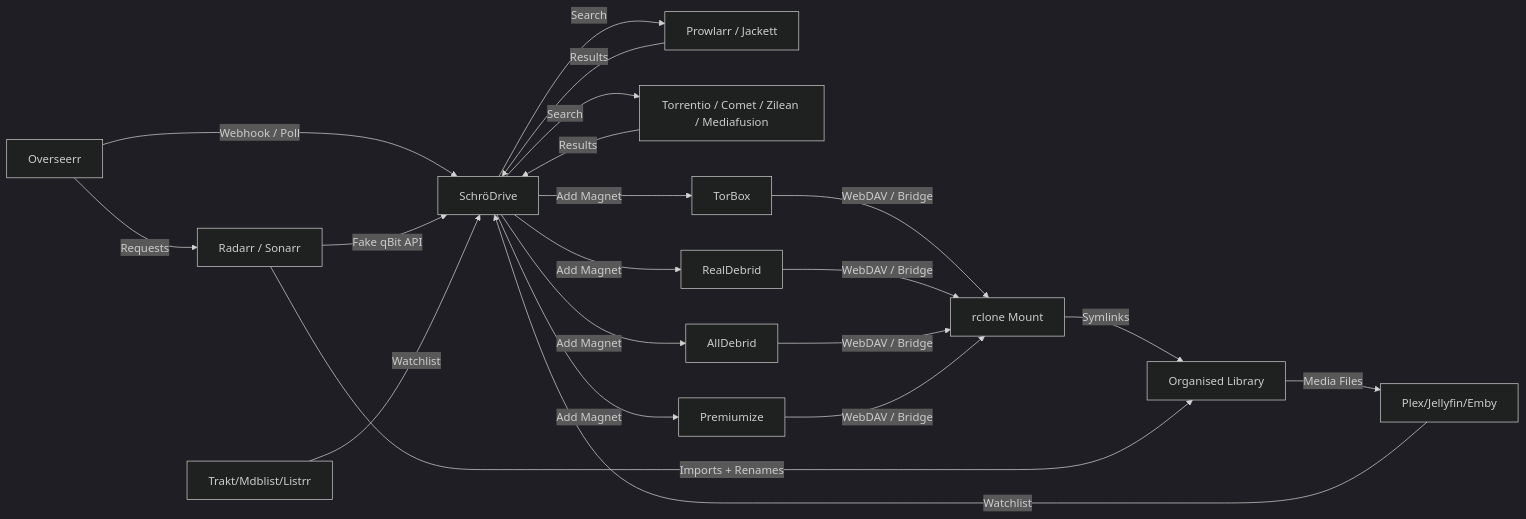
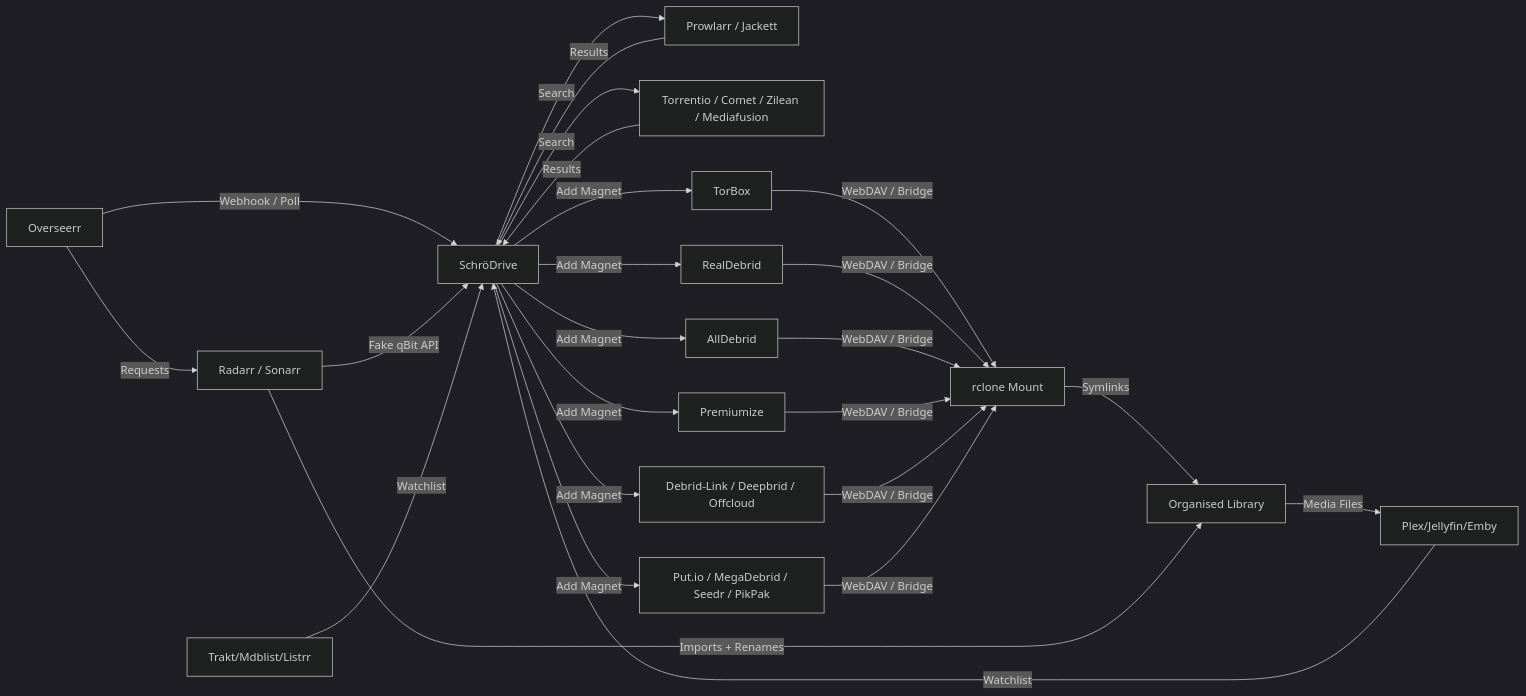
The first of 2 diagrams in README.md (moderniselife/SchroDrive), drawn with Mermaid (dark theme) before and after one commit. The commit also changed other lines of this file and 1 other file, not shown here.

````diff
--- a/README.md
+++ b/README.md
@@ -523,23 +544,27 @@
 ```mermaid
 graph LR
     A[Overseerr] -->|Webhook / Poll| B[SchröDrive]
     A -->|Requests| R[Radarr / Sonarr]
     R -->|Fake qBit API| B
     C[Plex/Jellyfin/Emby] -->|Watchlist| B
     C2[Trakt/Mdblist/Listrr] -->|Watchlist| B
     B -->|Search| D[Prowlarr / Jackett]
     B -->|Search| D2[Torrentio / Comet / Zilean / Mediafusion]
     D -->|Results| B
     D2 -->|Results| B
     B -->|Add Magnet| E[TorBox]
     B -->|Add Magnet| F[RealDebrid]
     B -->|Add Magnet| G2[AllDebrid]
     B -->|Add Magnet| G3[Premiumize]
+    B -->|Add Magnet| G4[Debrid-Link / Deepbrid / Offcloud]
+    B -->|Add Magnet| G5[Put.io / MegaDebrid / Seedr / PikPak]
     E -->|WebDAV / Bridge| G[rclone Mount]
     F -->|WebDAV / Bridge| G
     G2 -->|WebDAV / Bridge| G
     G3 -->|WebDAV / Bridge| G
+    G4 -->|WebDAV / Bridge| G
+    G5 -->|WebDAV / Bridge| G
     G -->|Symlinks| S[Organised Library]
     S -->|Media Files| C
     R -->|Imports + Renames| S
 ```
````
